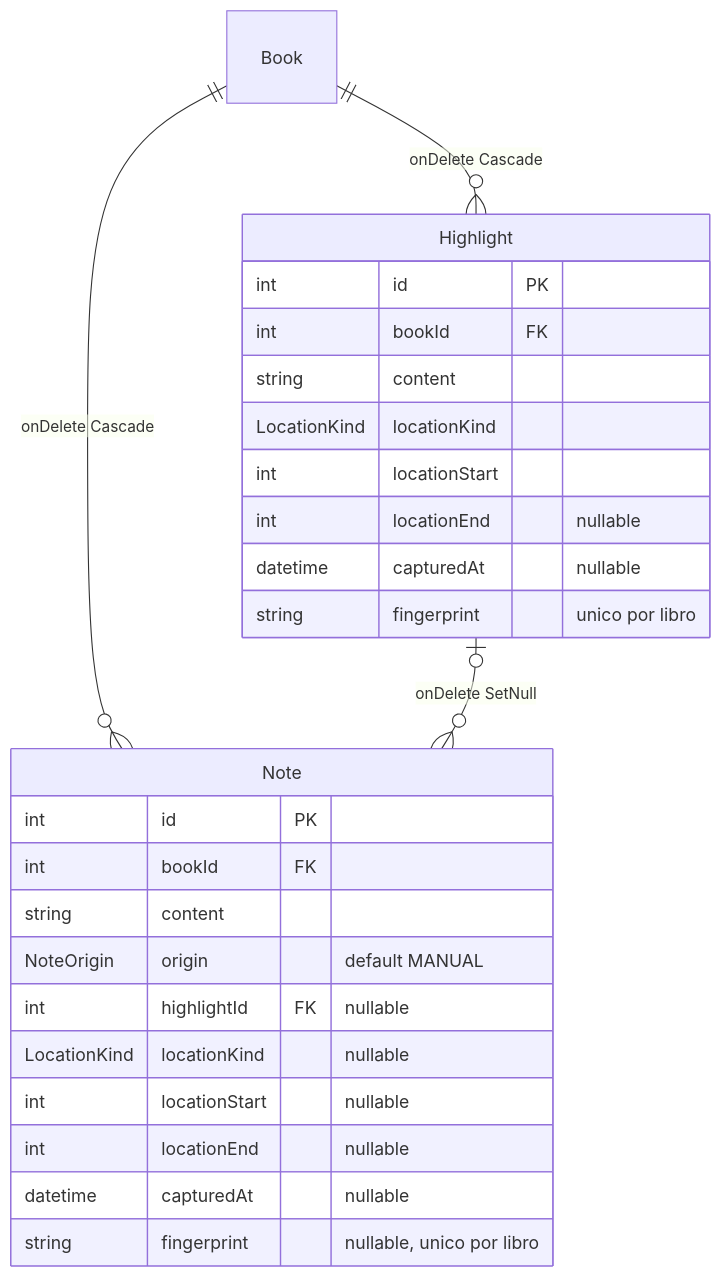
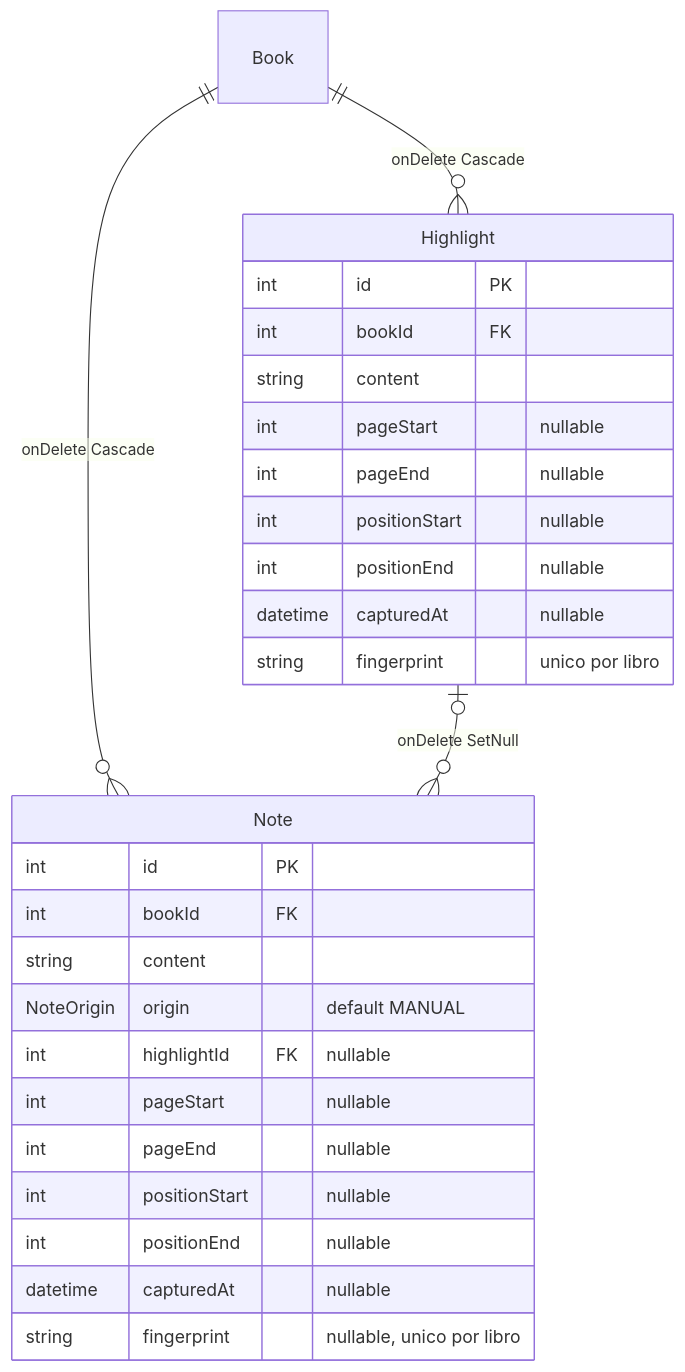
Before and after one commit to tomyleca/booklog: the second of 3 diagrams in docs/guides/annotations-model.md, drawn with Mermaid. The commit also changed other lines of this file and 54 other files, not shown here.

````diff
--- a/docs/guides/annotations-model.md
+++ b/docs/guides/annotations-model.md
@@ -120,29 +126,31 @@
 ```mermaid
 erDiagram
     Book ||--o{ Note : "onDelete Cascade"
     Book ||--o{ Highlight : "onDelete Cascade"
     Highlight |o--o{ Note : "onDelete SetNull"
 
     Note {
         int id PK
         int bookId FK
         string content
         NoteOrigin origin "default MANUAL"
         int highlightId FK "nullable"
-        LocationKind locationKind "nullable"
-        int locationStart "nullable"
-        int locationEnd "nullable"
+        int pageStart "nullable"
+        int pageEnd "nullable"
+        int positionStart "nullable"
+        int positionEnd "nullable"
         datetime capturedAt "nullable"
         string fingerprint "nullable, unico por libro"
     }
     Highlight {
         int id PK
         int bookId FK
         string content
-        LocationKind locationKind
-        int locationStart
-        int locationEnd "nullable"
+        int pageStart "nullable"
+        int pageEnd "nullable"
+        int positionStart "nullable"
+        int positionEnd "nullable"
         datetime capturedAt "nullable"
         string fingerprint "unico por libro"
     }
 ```
````
